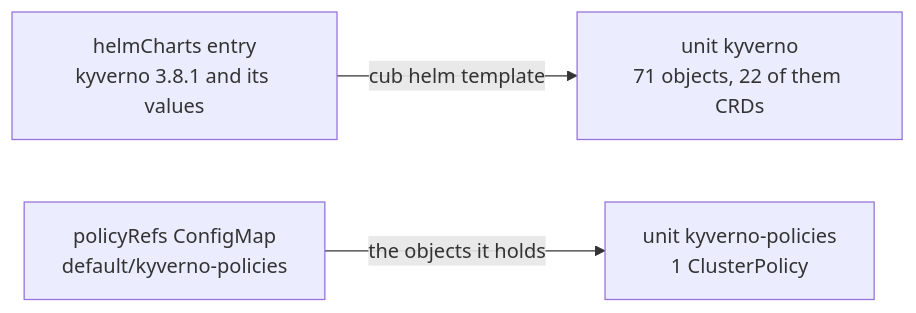
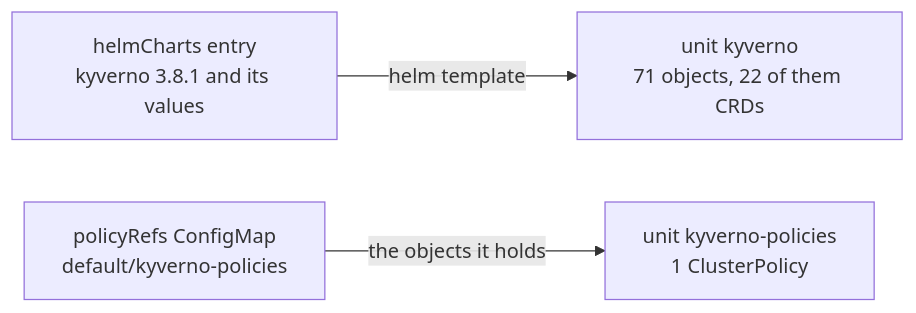
The second of 5 diagrams in docs/user/onboard-your-sveltos-fleet.md (confighub/sveltos-confighub), drawn with Mermaid before and after one commit. The commit also changed other lines of this file and 33 other files, not shown here.

````diff
--- a/docs/user/onboard-your-sveltos-fleet.md
+++ b/docs/user/onboard-your-sveltos-fleet.md
@@ -167,5 +168,5 @@
 ```mermaid
 flowchart LR
-  hc["helmCharts entry<br/>kyverno 3.8.1 and its values"] -->|"cub helm template"| u1["unit kyverno<br/>71 objects, 22 of them CRDs"]
+  hc["helmCharts entry<br/>kyverno 3.8.1 and its values"] -->|"helm template"| u1["unit kyverno<br/>71 objects, 22 of them CRDs"]
   pr["policyRefs ConfigMap<br/>default/kyverno-policies"] -->|"the objects it holds"| u2["unit kyverno-policies<br/>1 ClusterPolicy"]
 ```
````
